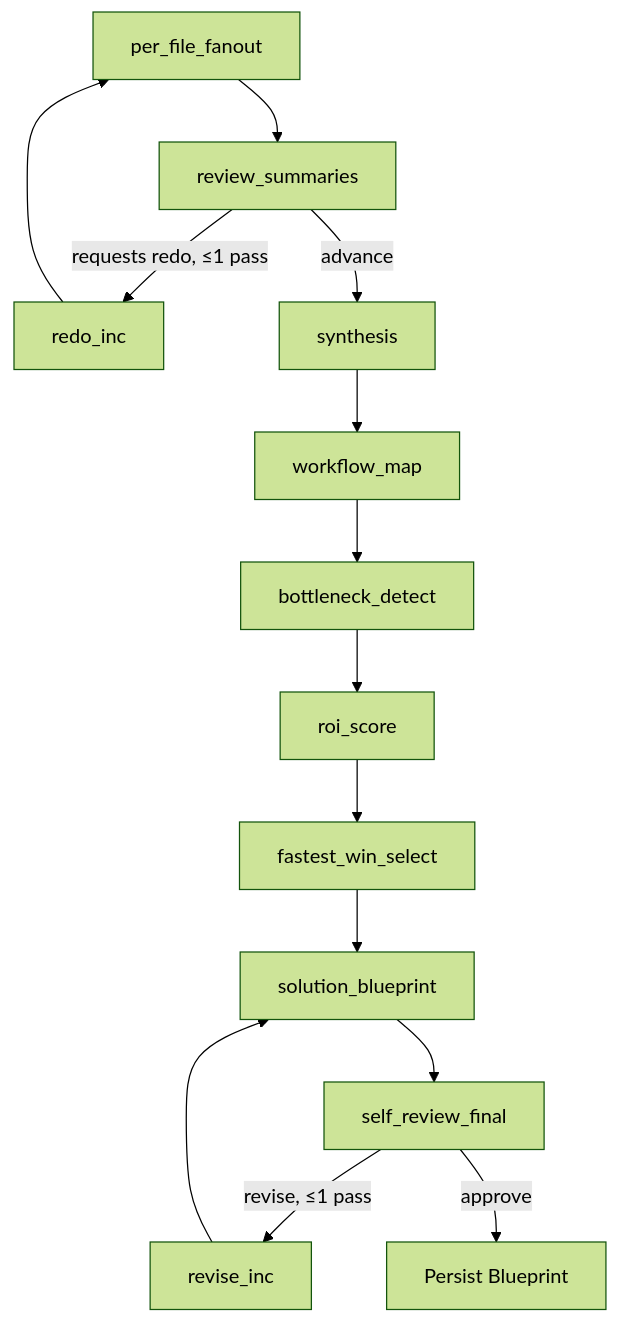
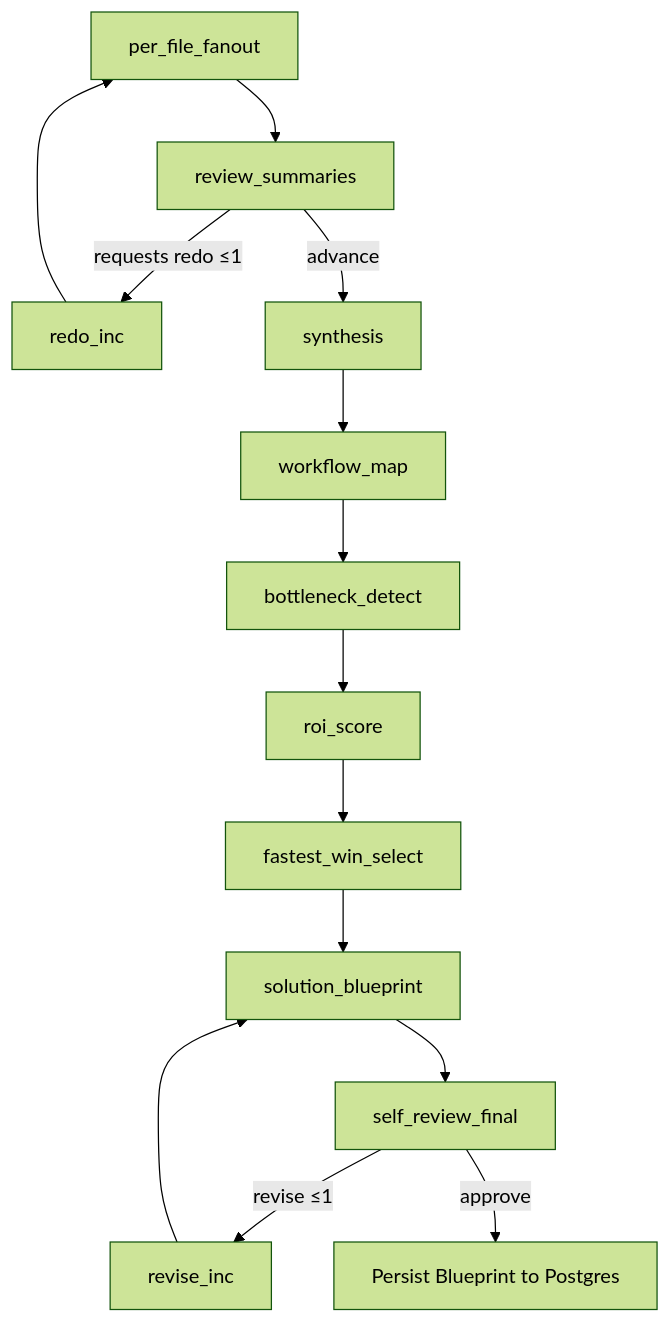
The second of 3 diagrams in README.md (KushalRegmi61/ops_diagnostic_agent), drawn with Mermaid (forest theme) before and after one commit. The commit also changed other lines of this file, not shown here.

First line of the commit message:
docs(readme): rewrite as portfolio-grade architecture document

````diff
--- a/README.md
+++ b/README.md
@@ -39,10 +66,10 @@
 ```mermaid
 flowchart TD
   A[per_file_fanout] --> B[review_summaries]
-  B -->|requests redo, ≤1 pass| C[redo_inc] --> A
+  B -->|requests redo ≤1| C[redo_inc] --> A
   B -->|advance| D[synthesis] --> E[workflow_map] --> F[bottleneck_detect]
   F --> G[roi_score] --> H[fastest_win_select] --> I[solution_blueprint]
   I --> J[self_review_final]
-  J -->|revise, ≤1 pass| K[revise_inc] --> I
-  J -->|approve| END[Persist Blueprint]
+  J -->|revise ≤1| K[revise_inc] --> I
+  J -->|approve| END[Persist Blueprint to Postgres]
 ```
````
